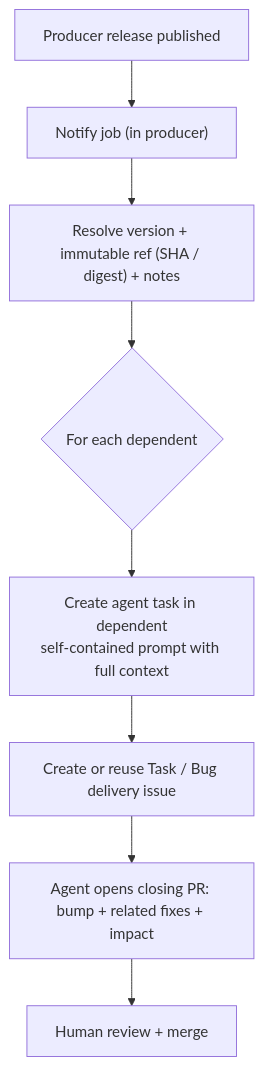
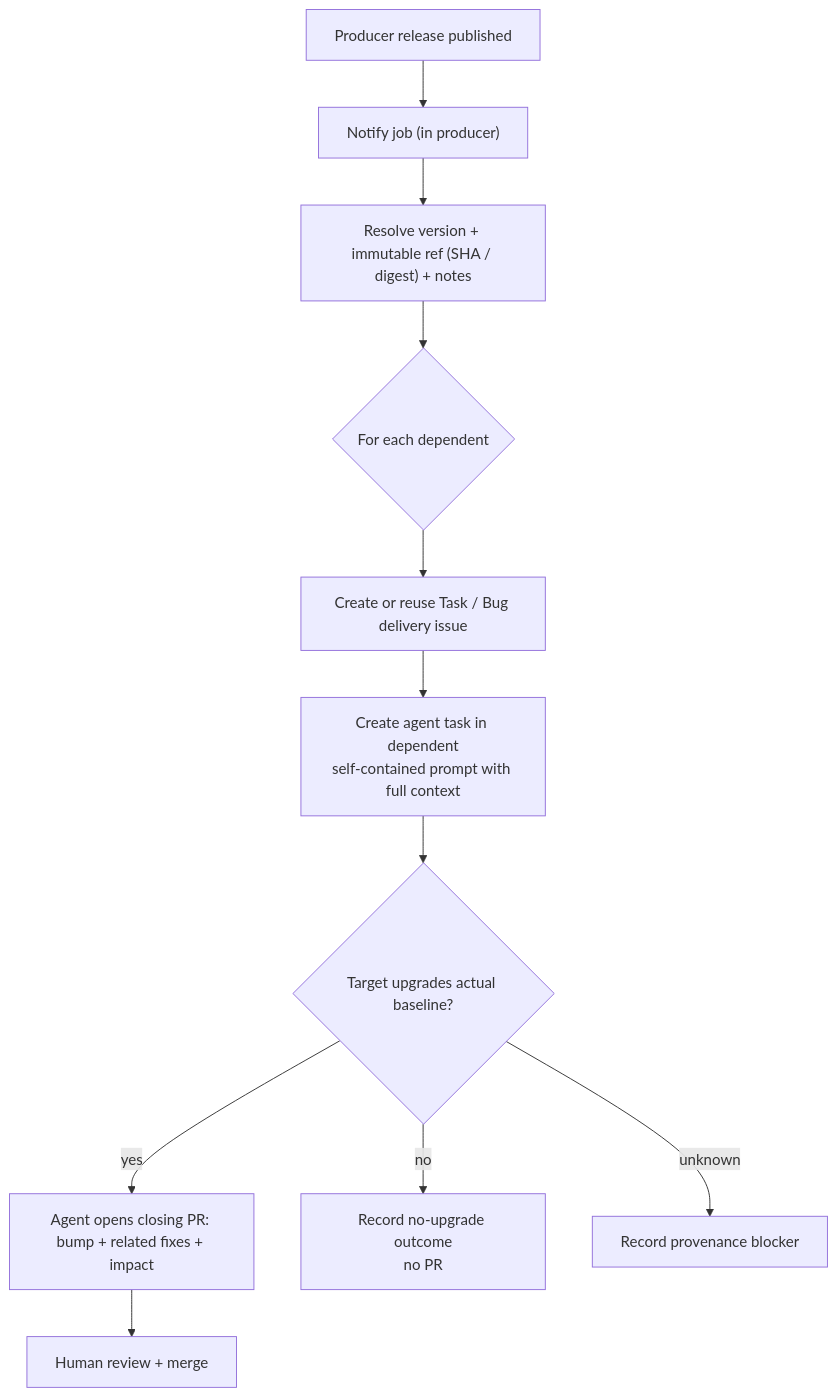
One commit to MSXOrg/docs changed the diagram in src/docs/Capabilities/downstream-release-propagation/design.md. Above: the diagram before and after it, drawn with Mermaid. The commit also changed other lines of this file and 6 other files, not shown here.

````diff
--- a/src/docs/Capabilities/downstream-release-propagation/design.md
+++ b/src/docs/Capabilities/downstream-release-propagation/design.md
@@ -16,10 +17,13 @@
 ```mermaid
 flowchart TD
   rel["Producer release published"] --> notify["Notify job (in producer)"]
   notify --> resolve["Resolve version + immutable ref (SHA / digest) + notes"]
   resolve --> fan{"For each dependent"}
-  fan --> delegate["Create agent task in dependent<br/>self-contained prompt with full context"]
-  delegate --> issue["Create or reuse Task / Bug delivery issue"]
-  issue --> pr["Agent opens closing PR: bump + related fixes + impact"]
+  fan --> issue["Create or reuse Task / Bug delivery issue"]
+  issue --> delegate["Create agent task in dependent<br/>self-contained prompt with full context"]
+  delegate --> qualify{"Target upgrades actual baseline?"}
+  qualify -->|"yes"| pr["Agent opens closing PR: bump + related fixes + impact"]
+  qualify -->|"no"| nochange["Record no-upgrade outcome<br/>no PR"]
+  qualify -->|"unknown"| blocked["Record provenance blocker"]
   pr --> review["Human review + merge"]
 ```
````
